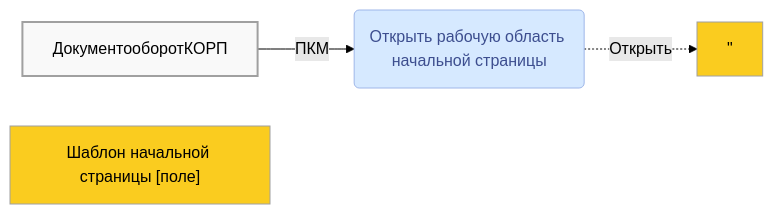
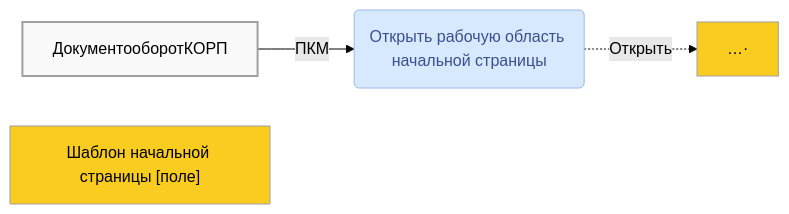
One commit to lugovoe/manual changed the third of 3 diagrams in faq/crash/main-white-window.md. Above: the diagram before and after it, drawn with Mermaid (forest theme).

````diff
--- a/faq/crash/main-white-window.md
+++ b/faq/crash/main-white-window.md
@@ -54,12 +54,12 @@
 ``` mermaid
 flowchart LR
   b1[ДокументооборотКОРП];
   b1 -- ПКМ --> m1(Открыть рабочую область начальной страницы);
-  m1 -. Открыть .-> b0["#quot;#173;"];
+  m1 -. Открыть .-> b0["#hellip;#middot;"];
   b3["Шаблон начальной страницы [поле]"];
   classDef default fill:#facc1f,stroke:#a0a0a0,stroke-width:1px;
   classDef button fill:#f9f9f9,stroke-width:2px;
   classDef confmenu fill:#d6e9ff,stroke:#9eb6e9,color:#3d4e8f;
   class b1,b2 button;
   class m1 confmenu;
 ```
````
